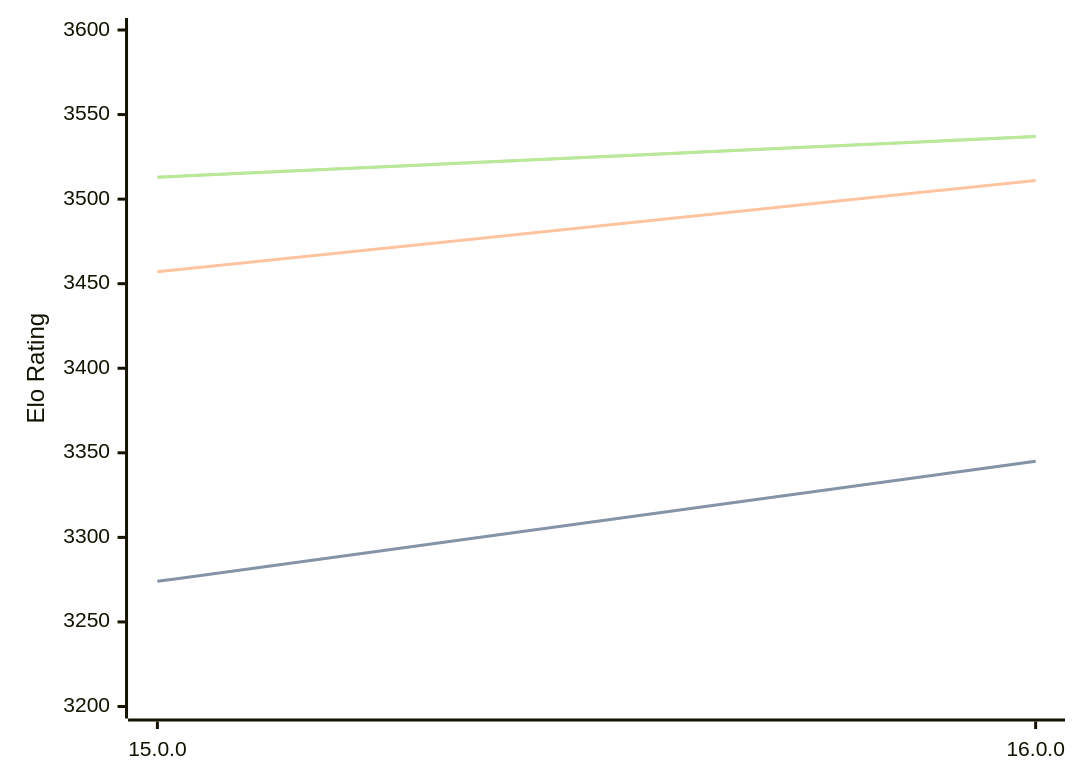
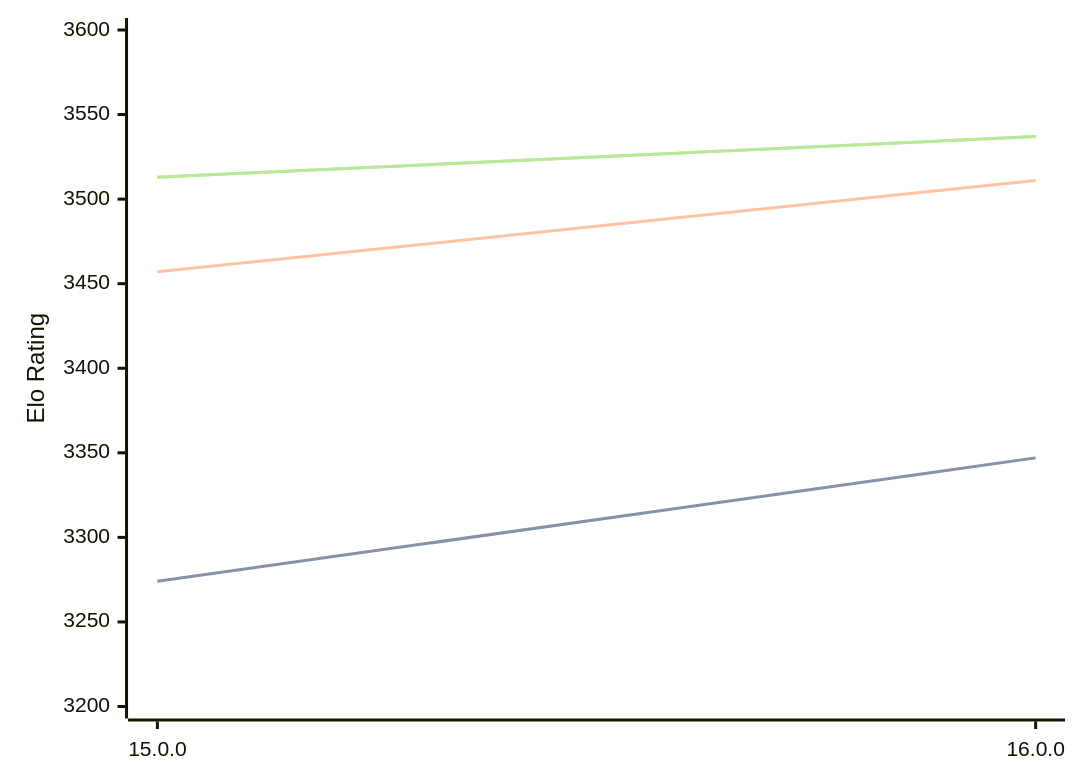
Before and after one commit to computer-chess-index/cci: the diagram in engines/Halogen.md, drawn with Mermaid. The commit also changed other lines of this file, not shown here.

````diff
--- a/engines/Halogen.md
+++ b/engines/Halogen.md
@@ -50,11 +50,11 @@
 ```mermaid
 %%{init: {"theme":"base","themeVariables":{"seriesColors:['#a3a3a3','#222221','#faa371']}}}%%
 xychart-beta
   x-axis ["15.0.0", "16.0.0"]
   y-axis "Elo Rating" 3200 --> 3600
-  line "STC (8.0+0.08s)" [3274, 3345]
-  line "STC (8.0+0.08s)" [3274, 3345]
+  line "STC (8.0+0.08s)" [3274, 3347]
+  line "STC (8.0+0.08s)" [3274, 3347]
   line "LTC (60.0+0.60s)" [3457, 3511]
   line "VLTC (2m24s+1.12s)" [3513, 3537]
   line "VLTC (2m24s+1.12s)" [3513, 3537]
 ```
````
